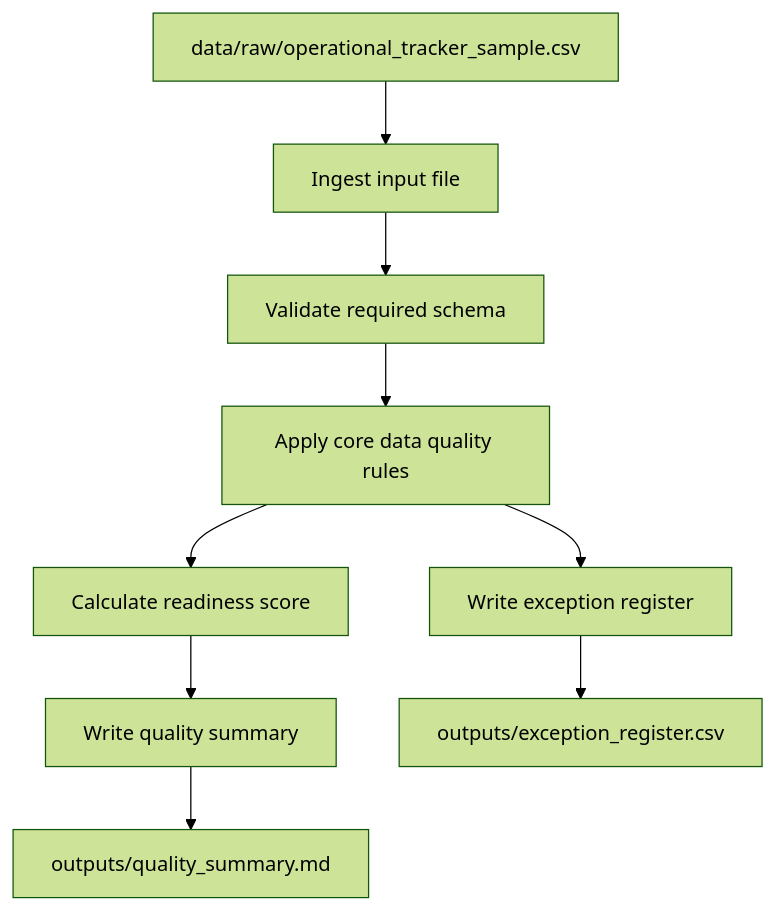
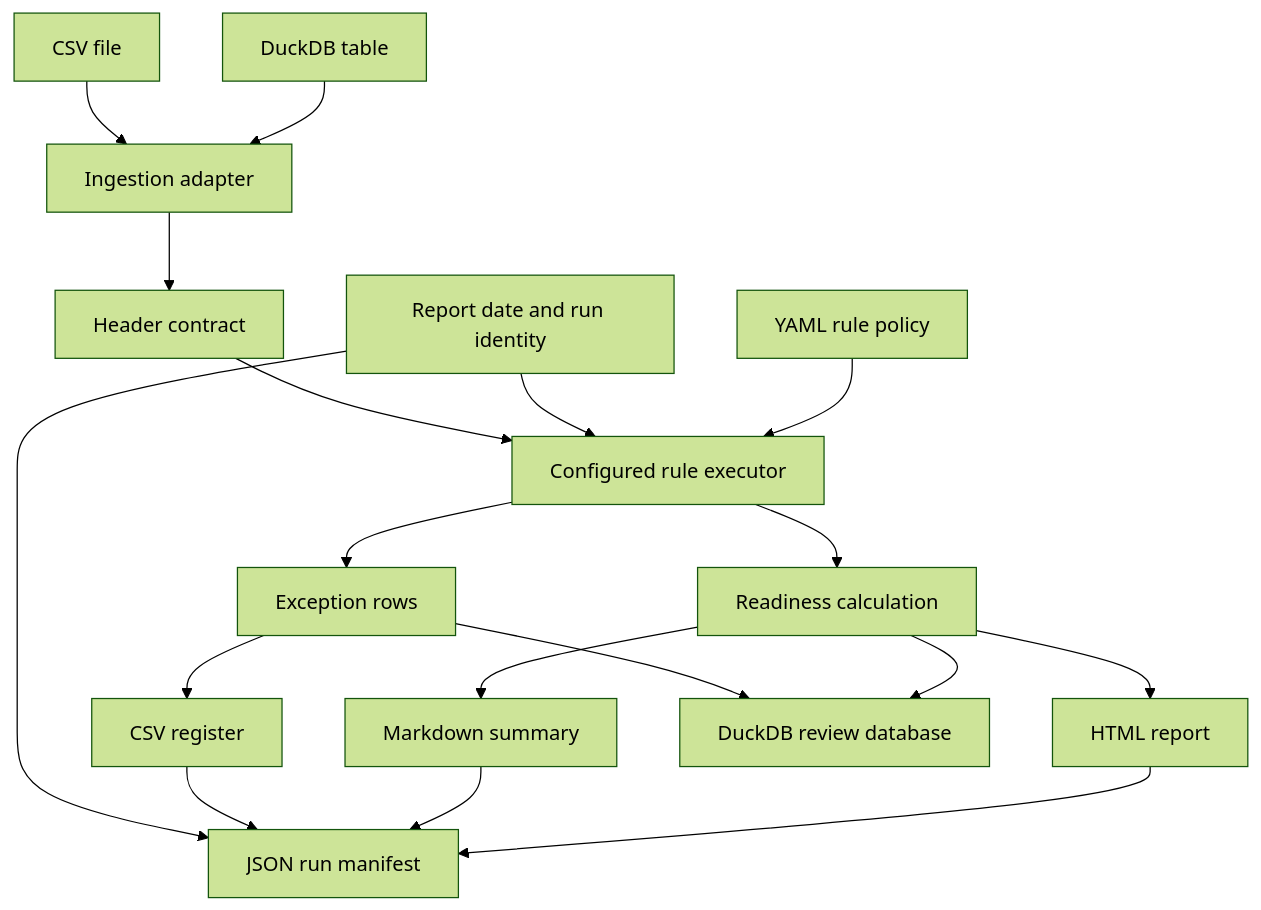
Before and after one commit to quantameridian/operational-data-quality-engine: the diagram in docs/architecture.md, drawn with Mermaid (forest theme). The commit also changed other lines of this file and 62 other files, not shown here.

Commit message:
Deepen operational quality evidence

````diff
--- a/docs/architecture.md
+++ b/docs/architecture.md
@@ -17,11 +11,20 @@
 ```mermaid
 flowchart TD
-    A["data/raw/operational_tracker_sample.csv"] --> B["Ingest input file"]
-    B --> C["Validate required schema"]
-    C --> D["Apply core data quality rules"]
-    D --> E["Write exception register"]
-    D --> F["Calculate readiness score"]
-    F --> G["Write quality summary"]
-    E --> H["outputs/exception_register.csv"]
-    G --> I["outputs/quality_summary.md"]
+    A["CSV file"] --> C["Ingestion adapter"]
+    B["DuckDB table"] --> C
+    C --> D["Header contract"]
+    D --> E["Configured rule executor"]
+    F["Report date and run identity"] --> E
+    G["YAML rule policy"] --> E
+    E --> H["Exception rows"]
+    E --> I["Readiness calculation"]
+    H --> J["CSV register"]
+    I --> K["Markdown summary"]
+    I --> L["HTML report"]
+    H --> M["DuckDB review database"]
+    I --> M
+    F --> N["JSON run manifest"]
+    J --> N
+    K --> N
+    L --> N
 ```
````
